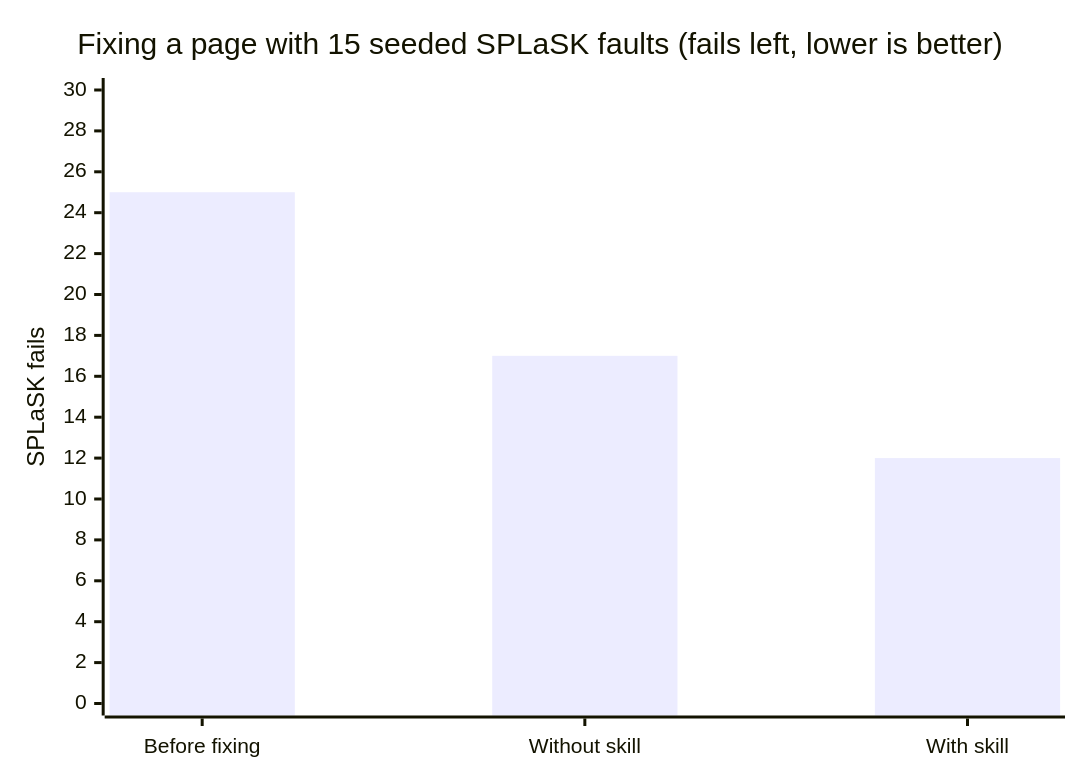
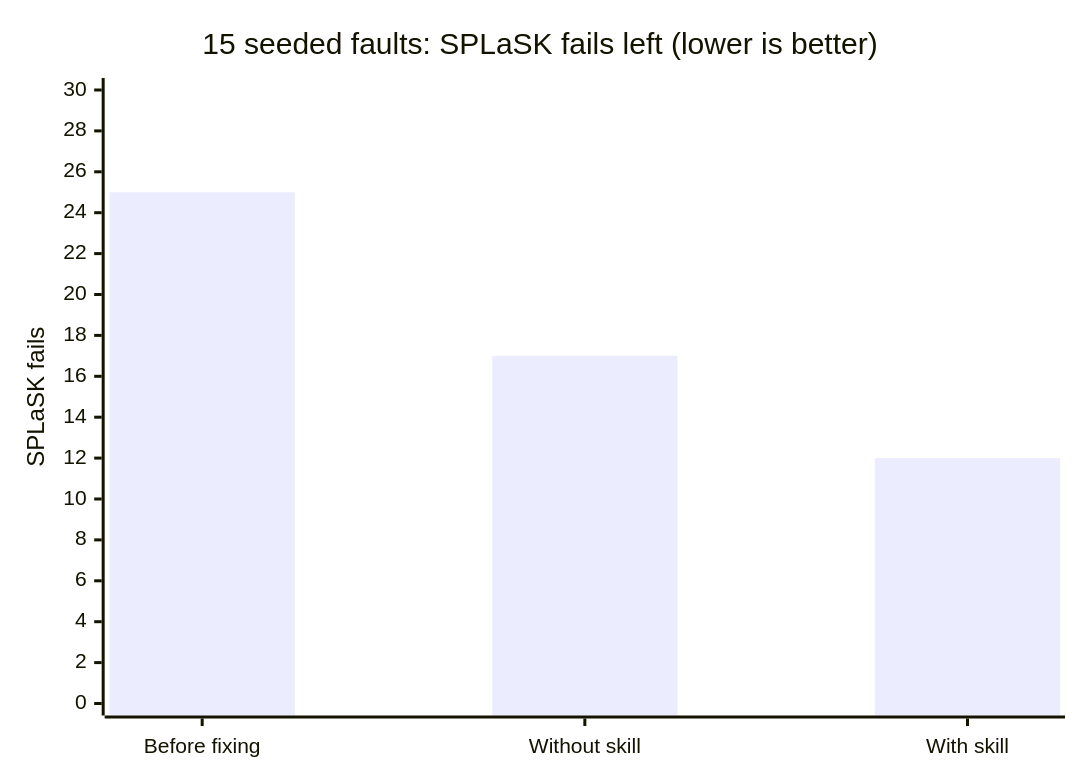
The first of 2 diagrams in README.md (DexComm69/malaysia-gov-web-guidance), drawn with Mermaid before and after one commit.

Commit message:
README: shorter chart title so it isn't clipped

````diff
--- a/README.md
+++ b/README.md
@@ -271,7 +271,7 @@
 ```mermaid
 xychart-beta
-    title "Fixing a page with 15 seeded SPLaSK faults (fails left, lower is better)"
+    title "15 seeded faults: SPLaSK fails left (lower is better)"
     x-axis ["Before fixing", "Without skill", "With skill"]
     y-axis "SPLaSK fails" 0 --> 30
     bar [25, 17, 12]
 ```
````
